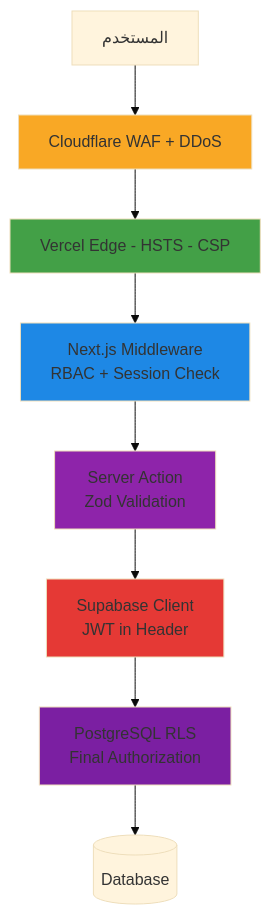
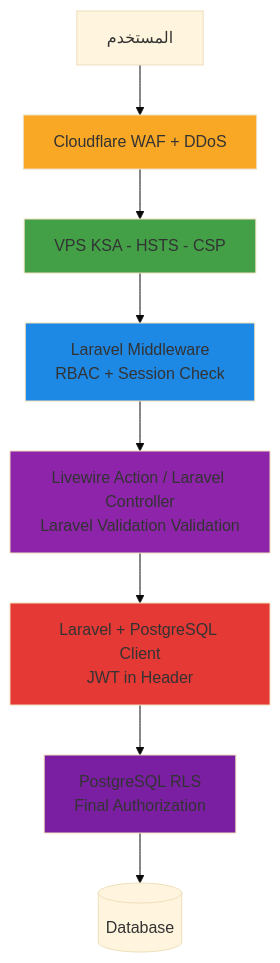
One commit to alharbib902-del/technical-handover changed the fifth of 6 diagrams in 03-المراحل-التنفيذية/01-التأسيس/خطة-المرحلة.md. Above: the diagram before and after it, drawn with Mermaid (base theme). The commit also changed other lines of this file and 22 other files, not shown here.

First line of the commit message:
feat: switch tech stack to Laravel 11 + Filament 3 (replacing Next.js + Supabase)

````diff
--- a/03-المراحل-التنفيذية/01-التأسيس/خطة-المرحلة.md
+++ b/03-المراحل-التنفيذية/01-التأسيس/خطة-المرحلة.md
@@ -2334,17 +2540,17 @@
 ```mermaid
 graph TB
     A[المستخدم] --> B[Cloudflare WAF + DDoS]
-    B --> C[Vercel Edge - HSTS - CSP]
-    C --> D[Next.js Middleware<br/>RBAC + Session Check]
-    D --> E[Server Action<br/>Zod Validation]
-    E --> F[Supabase Client<br/>JWT in Header]
+    B --> C[VPS KSA - HSTS - CSP]
+    C --> D[Laravel Middleware<br/>RBAC + Session Check]
+    D --> E[Livewire Action / Laravel Controller<br/>Laravel Validation Validation]
+    E --> F[Laravel + PostgreSQL Client<br/>JWT in Header]
     F --> G[PostgreSQL RLS<br/>Final Authorization]
     G --> H[(Database)]
 
     style B fill:#f9a825
     style C fill:#43a047
     style D fill:#1e88e5
     style E fill:#8e24aa
     style F fill:#e53935
     style G fill:#7b1fa2
 ```
````
